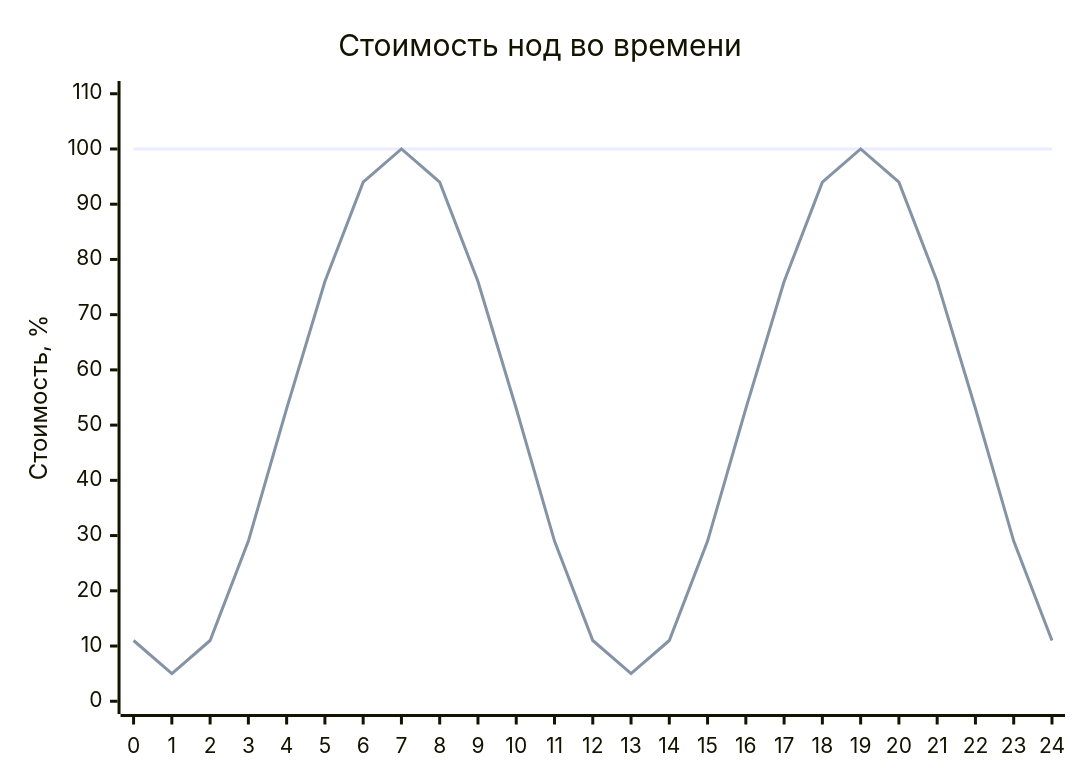
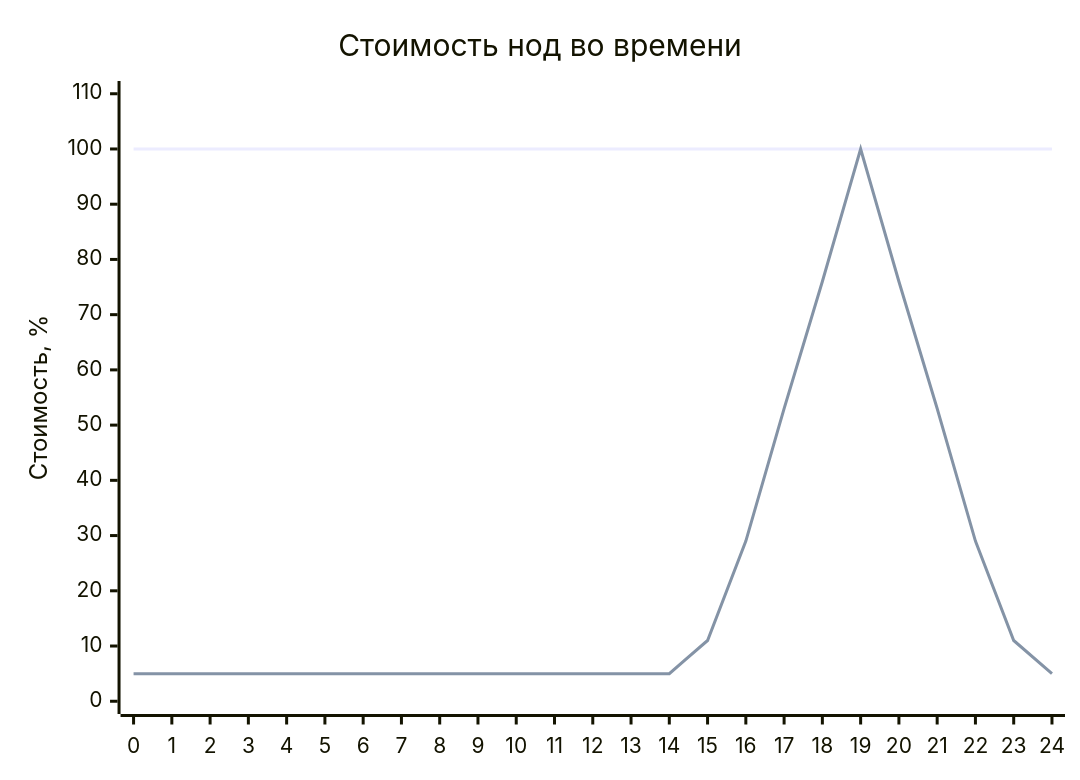
Before and after one commit to patsevanton/k8s-priority-eviction-autoscaling: the second of 2 diagrams in README.md, drawn with Mermaid.

Commit message:
docs: одиночный пик стоимости нод в 19 часов

````diff
--- a/README.md
+++ b/README.md
@@ -344,8 +344,8 @@
 ```mermaid
 xychart-beta
     title "Стоимость нод во времени"
     x-axis [0,1,2,3,4,5,6,7,8,9,10,11,12,13,14,15,16,17,18,19,20,21,22,23,24]
     y-axis "Стоимость, %" 0 --> 110
     line "Статические ноды" [100,100,100,100,100,100,100,100,100,100,100,100,100,100,100,100,100,100,100,100,100,100,100,100,100]
-    line "Node overprovisioning" [11,5,11,29,53,76,94,100,94,76,53,29,11,5,11,29,53,76,94,100,94,76,53,29,11]
+    line "Node overprovisioning" [5,5,5,5,5,5,5,5,5,5,5,5,5,5,5,11,29,53,76,100,76,53,29,11,5]
 ```
````
